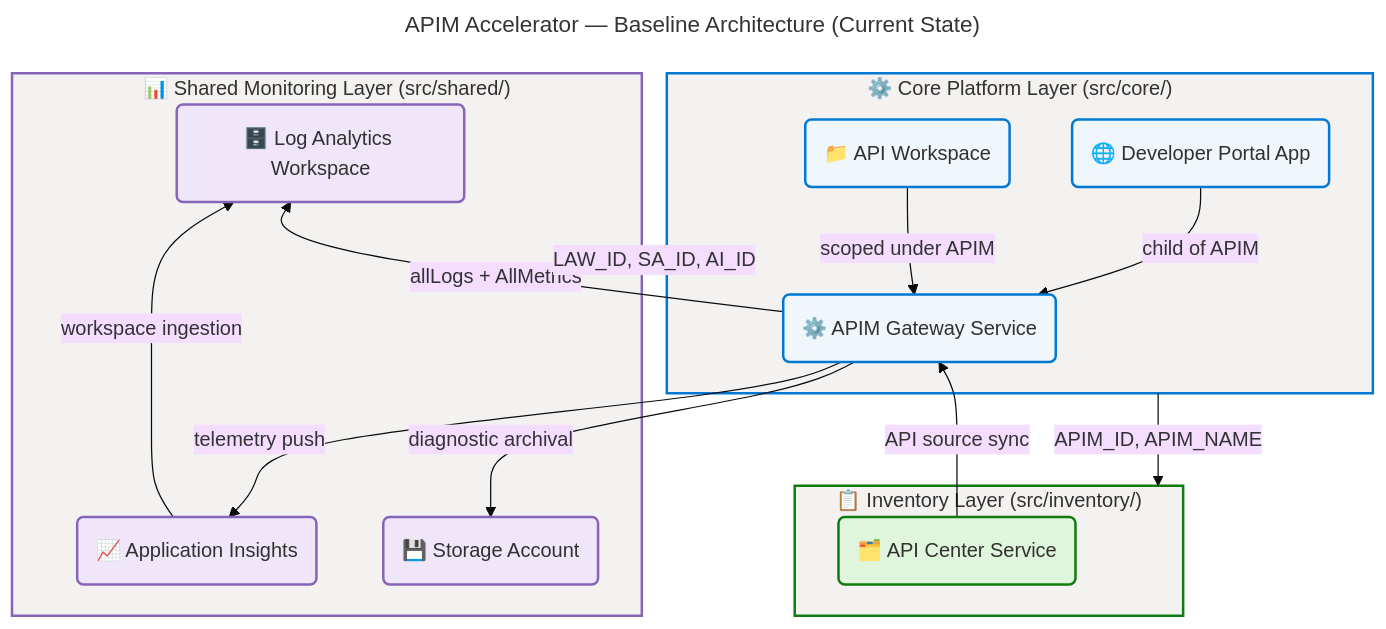
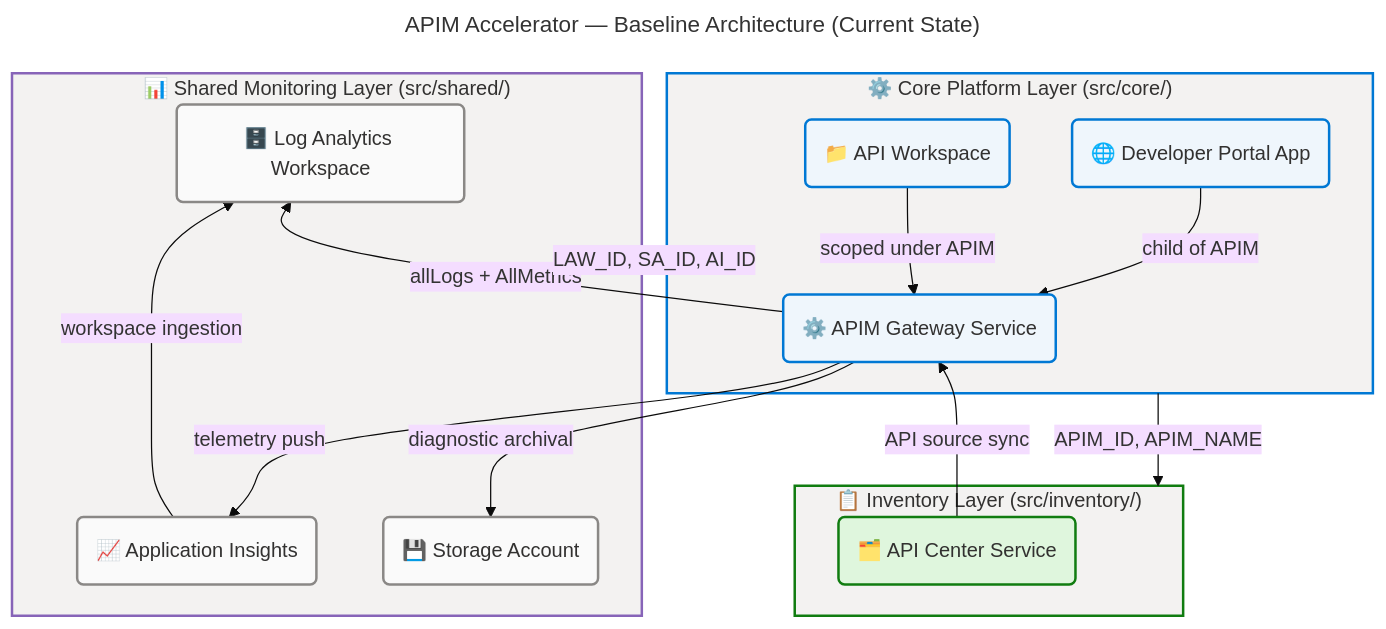
Before and after one commit to Evilazaro/APIM-Accelerator: the fifth of 8 diagrams in docs/architecture/application-architecture.md, drawn with Mermaid. The commit also changed other lines of this file and 3 other files, not shown here.

````diff
--- a/docs/architecture/application-architecture.md
+++ b/docs/architecture/application-architecture.md
@@ -505,62 +502,61 @@
 ```mermaid
 ---
 title: "APIM Accelerator — Baseline Architecture (Current State)"
 config:
   theme: base
   look: classic
   layout: dagre
   themeVariables:
     fontSize: '16px'
   flowchart:
     htmlLabels: true
 ---
 flowchart TB
     accTitle: APIM Accelerator Baseline Architecture Current State
     accDescr: Current state baseline architecture showing all seven deployed services across the three module layers with their dependency relationships and protocol connections
 
     %% ═══════════════════════════════════════════════════════════════════════════
     %% AZURE / FLUENT ARCHITECTURE PATTERN v1.1
     %% (Semantic + Structural + Font + Accessibility Governance)
     %% ═══════════════════════════════════════════════════════════════════════════
     %% PHASE 1 - FLUENT UI: All styling uses approved Fluent UI palette only
     %% PHASE 2 - GROUPS: Every subgraph has semantic color via style directive
     %% PHASE 3 - COMPONENTS: Every node has semantic classDef + icon prefix
     %% PHASE 4 - ACCESSIBILITY: accTitle/accDescr present, WCAG AA contrast
     %% PHASE 5 - STANDARD: Governance block present, classDefs centralized
     %% ═══════════════════════════════════════════════════════════════════════════
 
     subgraph SHARED_LAYER["📊 Shared Monitoring Layer (src/shared/)"]
-        LAW("🗄️ Log Analytics Workspace"):::data
-        APPINS("📈 Application Insights"):::data
-        SA("💾 Storage Account"):::data
+        LAW("🗄️ Log Analytics Workspace"):::neutral
+        APPINS("📈 Application Insights"):::neutral
+        SA("💾 Storage Account"):::neutral
     end
 
     subgraph CORE_LAYER["⚙️ Core Platform Layer (src/core/)"]
         APIM("⚙️ APIM Gateway Service"):::core
         PORTAL("🌐 Developer Portal App"):::core
         WS("📁 API Workspace"):::core
     end
 
     subgraph INV_LAYER["📋 Inventory Layer (src/inventory/)"]
         APIC("🗂️ API Center Service"):::success
     end
 
     SHARED_LAYER -->|"LAW_ID, SA_ID, AI_ID"| CORE_LAYER
     CORE_LAYER -->|"APIM_ID, APIM_NAME"| INV_LAYER
     APIM -->|"allLogs + AllMetrics"| LAW
     APIM -->|"telemetry push"| APPINS
     APIM -->|"diagnostic archival"| SA
     APPINS -->|"workspace ingestion"| LAW
     PORTAL -->|"child of APIM"| APIM
     WS -->|"scoped under APIM"| APIM
     APIC -->|"API source sync"| APIM
 
     classDef neutral fill:#FAFAFA,stroke:#8A8886,stroke-width:2px,color:#323130
     classDef core fill:#EFF6FC,stroke:#0078D4,stroke-width:2px,color:#323130
     classDef success fill:#DFF6DD,stroke:#107C10,stroke-width:2px,color:#323130
-    classDef data fill:#F0E6FA,stroke:#8764B8,stroke-width:2px,color:#323130
 
     style SHARED_LAYER fill:#F3F2F1,stroke:#8764B8,stroke-width:2px,color:#323130
     style CORE_LAYER fill:#F3F2F1,stroke:#0078D4,stroke-width:2px,color:#323130
     style INV_LAYER fill:#F3F2F1,stroke:#107C10,stroke-width:2px,color:#323130
 ```
````
